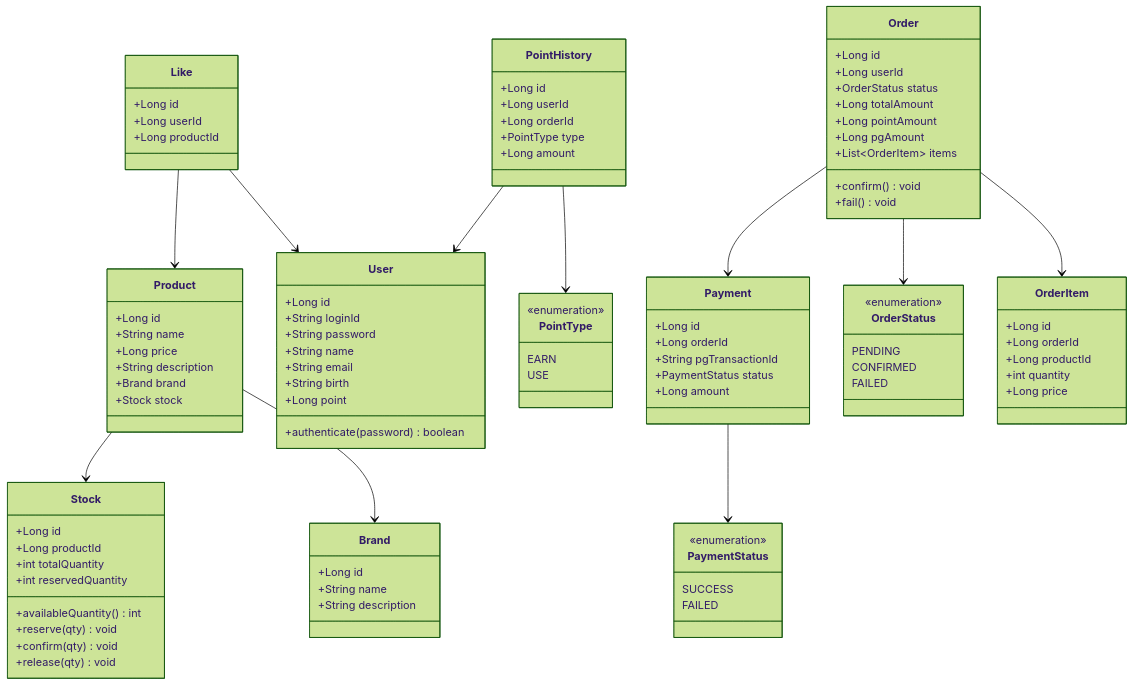
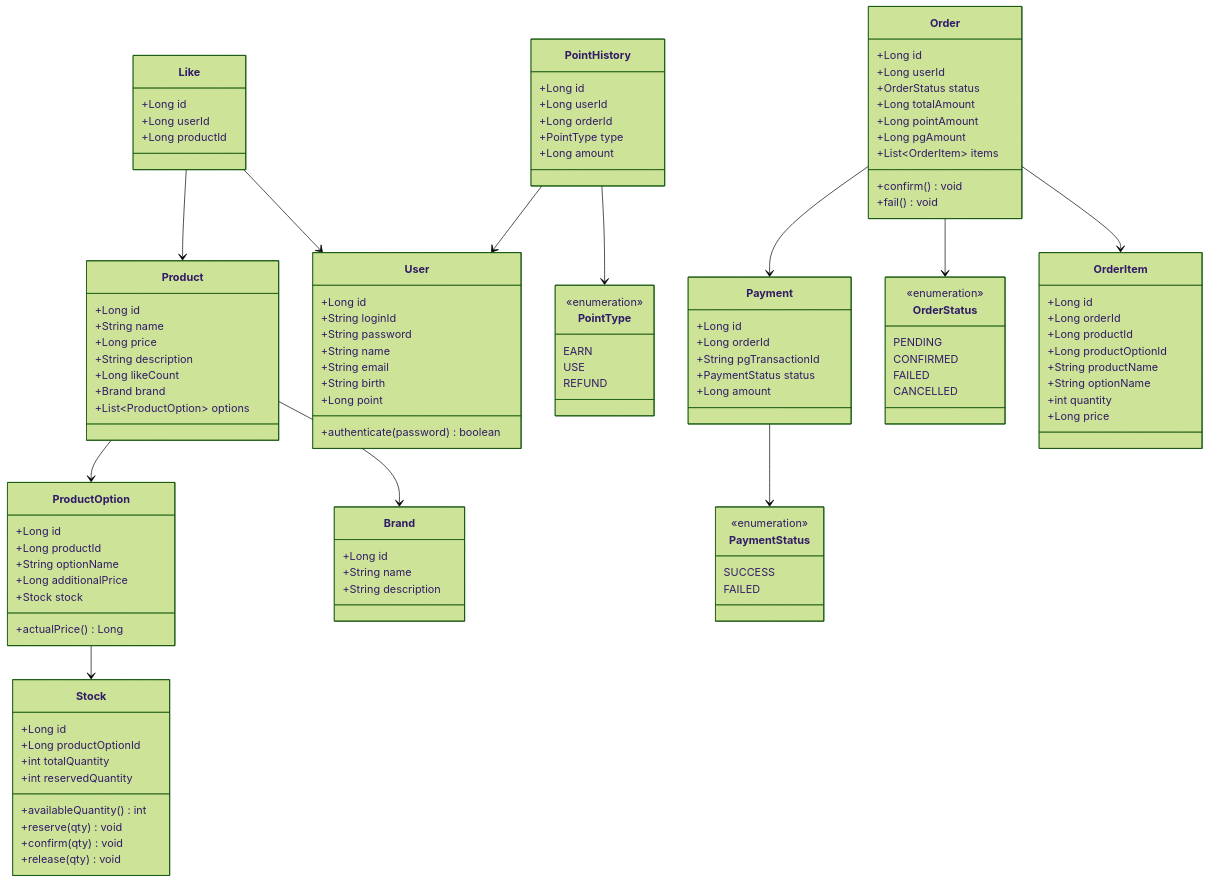
The diagram in .docs/design/03-class-diagram.md (loopers-labs/loop-pack-be-l2-vol4-java), drawn with Mermaid (forest theme) before and after one commit. The commit also changed other lines of this file and 1 other file, not shown here.

Commit message:
docs: 상품 옵션 구조 추가 (product_options, 기본 옵션 통일 방식)
- product_options 테이블 추가 (option_name, additional_price)
- stocks: product_id → product_option_id로 변경 (옵션당 재고 1개)
- order_items: product_option_id, option_name 스냅샷 추가
- 클래스 다이어그램: ProductOption 추가, OrderStatus/PointType CANCELLED/REFUND 추가

```diff
--- a/.docs/design/03-class-diagram.md
+++ b/.docs/design/03-class-diagram.md
@@ -30,13 +30,23 @@
         +String name
         +Long price
         +String description
+        +Long likeCount
         +Brand brand
+        +List~ProductOption~ options
+    }
+
+    class ProductOption {
+        +Long id
+        +Long productId
+        +String optionName
+        +Long additionalPrice
         +Stock stock
+        +actualPrice() Long
     }
 
     class Stock {
         +Long id
-        +Long productId
+        +Long productOptionId
         +int totalQuantity
         +int reservedQuantity
         +availableQuantity() int
@@ -67,6 +77,9 @@
         +Long id
         +Long orderId
         +Long productId
+        +Long productOptionId
+        +String productName
+        +String optionName
         +int quantity
         +Long price
     }
@@ -87,13 +100,6 @@
         +Long amount
     }
 
-    class OrderStatus {
-        <<enumeration>>
-        PENDING
-        CONFIRMED
-        FAILED
-    }
-
     class PaymentStatus {
         <<enumeration>>
         SUCCESS
@@ -104,10 +110,20 @@
         <<enumeration>>
         EARN
         USE
+        REFUND
+    }
+
+    class OrderStatus {
+        <<enumeration>>
+        PENDING
+        CONFIRMED
+        FAILED
+        CANCELLED
     }
 
     Product --> Brand
-    Product --> Stock
+    Product --> ProductOption
+    ProductOption --> Stock
     Order --> OrderItem
     Order --> OrderStatus
     Order --> Payment
```
